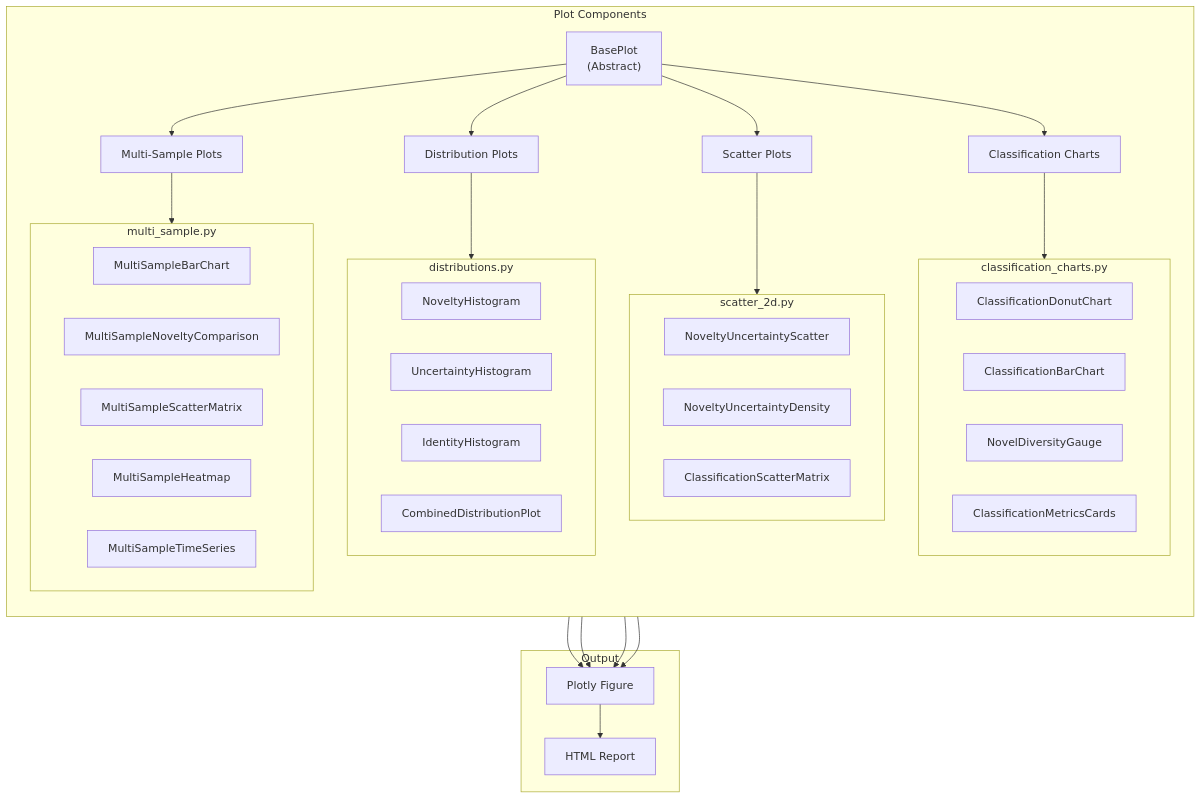
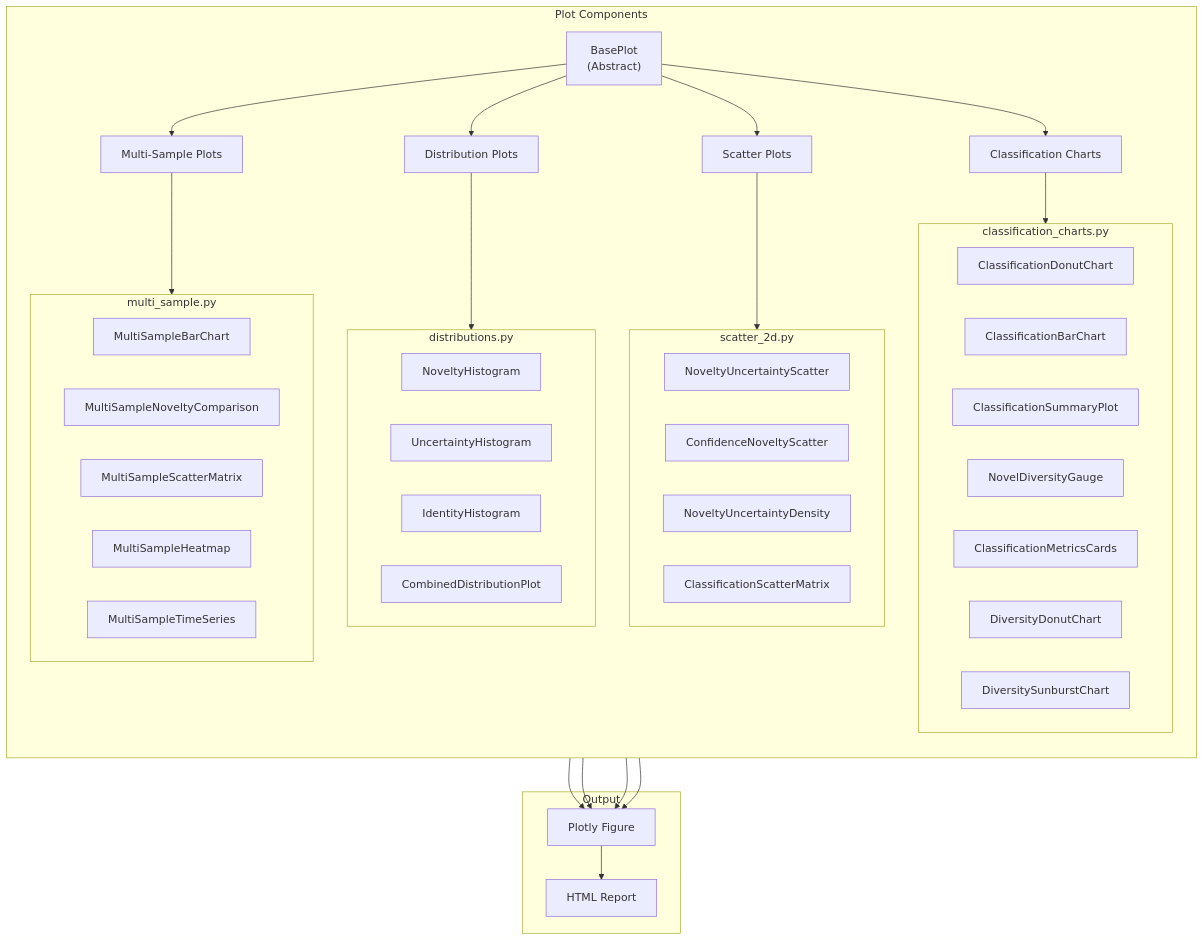
One commit to FOI-Bioinformatics/metadarkmatter changed diagram 12 of 20 in docs/ARCHITECTURE.md. Above: the diagram before and after it, drawn with Mermaid. The commit also changed other lines of this file and 3 other files, not shown here.

````diff
--- a/docs/ARCHITECTURE.md
+++ b/docs/ARCHITECTURE.md
@@ -448,56 +475,60 @@
 ```mermaid
 flowchart TB
     subgraph plots["Plot Components"]
         direction TB
         BASE["BasePlot<br/>(Abstract)"]
 
         BASE --> DIST["Distribution Plots"]
         BASE --> SCATTER["Scatter Plots"]
         BASE --> CHARTS["Classification Charts"]
         BASE --> MULTI["Multi-Sample Plots"]
 
         subgraph DIST_TYPES["distributions.py"]
             NOV_HIST["NoveltyHistogram"]
             UNC_HIST["UncertaintyHistogram"]
             ID_HIST["IdentityHistogram"]
             COMB_DIST["CombinedDistributionPlot"]
         end
 
         subgraph SCATTER_TYPES["scatter_2d.py"]
             NOV_UNC["NoveltyUncertaintyScatter"]
+            CONF_NOV["ConfidenceNoveltyScatter"]
             NOV_DENS["NoveltyUncertaintyDensity"]
             SCATTER_MAT["ClassificationScatterMatrix"]
         end
 
         subgraph CHART_TYPES["classification_charts.py"]
             DONUT["ClassificationDonutChart"]
             BAR["ClassificationBarChart"]
+            SUMMARY_PLOT["ClassificationSummaryPlot"]
             GAUGE["NovelDiversityGauge"]
             CARDS["ClassificationMetricsCards"]
+            DIV_DONUT["DiversityDonutChart"]
+            SUNBURST["DiversitySunburstChart"]
         end
 
         subgraph MULTI_TYPES["multi_sample.py"]
             MS_BAR["MultiSampleBarChart"]
             MS_BOX["MultiSampleNoveltyComparison"]
             MS_SCATTER["MultiSampleScatterMatrix"]
             MS_HEAT["MultiSampleHeatmap"]
             MS_TREND["MultiSampleTimeSeries"]
         end
 
         DIST --> DIST_TYPES
         SCATTER --> SCATTER_TYPES
         CHARTS --> CHART_TYPES
         MULTI --> MULTI_TYPES
     end
 
     subgraph output["Output"]
         PLOTLY["Plotly Figure"]
         HTML["HTML Report"]
     end
 
     DIST_TYPES --> PLOTLY
     SCATTER_TYPES --> PLOTLY
     CHART_TYPES --> PLOTLY
     MULTI_TYPES --> PLOTLY
     PLOTLY --> HTML
 ```
````
